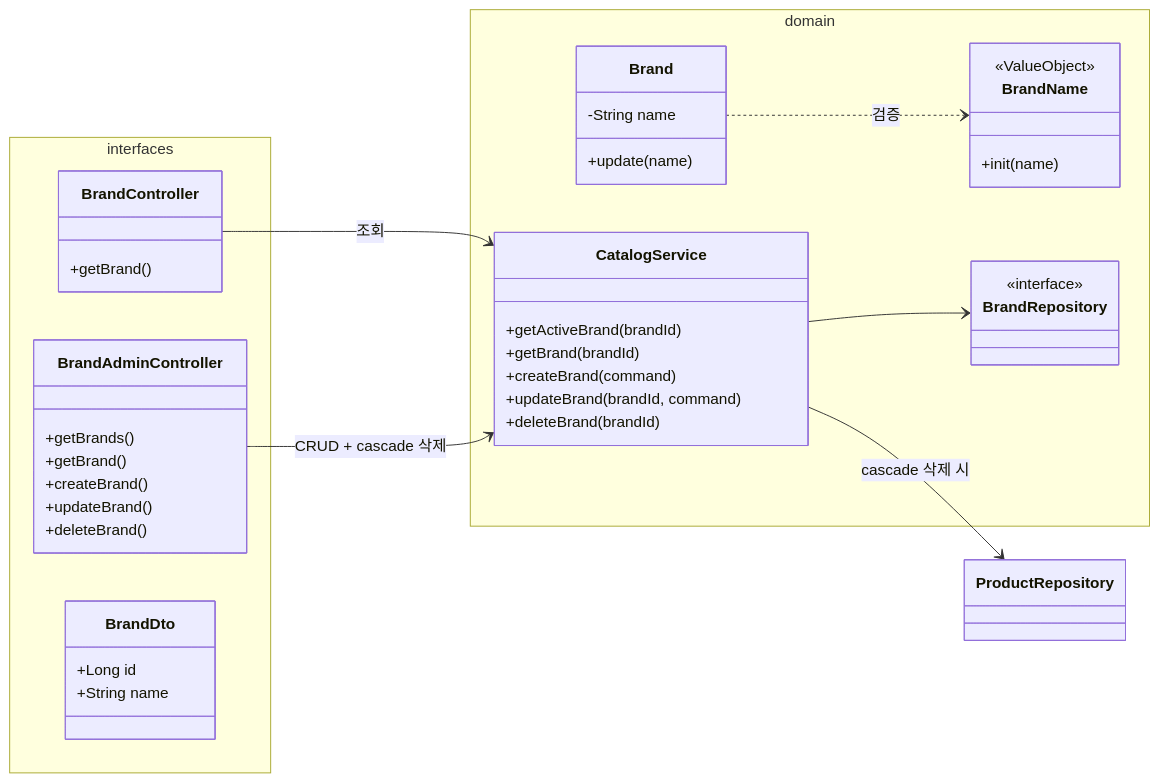
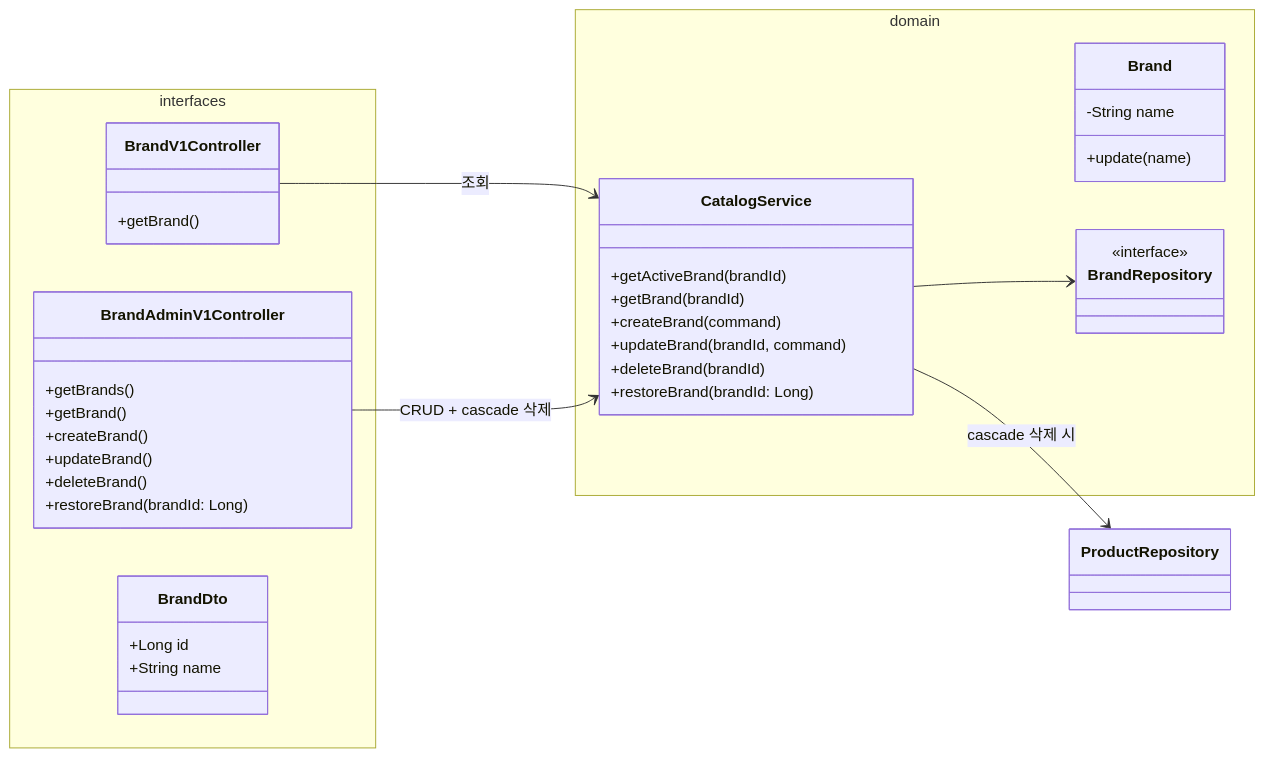
One commit to Loopers-dev-lab/loop-pack-be-l2-vol3-kotlin changed the second of 8 diagrams in docs/design/03-class-diagram.md. Above: the diagram before and after it, drawn with Mermaid. The commit also changed other lines of this file and 7 other files, not shown here.

````diff
--- a/docs/design/03-class-diagram.md
+++ b/docs/design/03-class-diagram.md
@@ -143,48 +139,46 @@
 ```mermaid
 classDiagram
     direction LR
 
     namespace interfaces {
-        class BrandController {
+        class BrandV1Controller {
             +getBrand()
         }
-        class BrandAdminController {
+        class BrandAdminV1Controller {
             +getBrands()
             +getBrand()
             +createBrand()
             +updateBrand()
             +deleteBrand()
+            +restoreBrand(brandId: Long)
         }
         class BrandDto {
             +Long id
             +String name
         }
     }
 
     namespace domain {
         class Brand {
             -String name
             +update(name)
         }
-        class BrandName {
-            <<ValueObject>>
-            +init(name)
-        }
+    %% BrandName VO 삭제 — Brand.guard()에서 인라인 검증
         class CatalogService {
             +getActiveBrand(brandId)
             +getBrand(brandId)
             +createBrand(command)
             +updateBrand(brandId, command)
             +deleteBrand(brandId)
+            +restoreBrand(brandId: Long)
         }
         class BrandRepository {
             <<interface>>
         }
     }
 
-    BrandController --> CatalogService: 조회
-    BrandAdminController --> CatalogService: CRUD + cascade 삭제
+    BrandV1Controller --> CatalogService: 조회
+    BrandAdminV1Controller --> CatalogService: CRUD + cascade 삭제
     CatalogService --> BrandRepository
     CatalogService --> ProductRepository: cascade 삭제 시
-    Brand ..> BrandName: 검증
 ```
````
